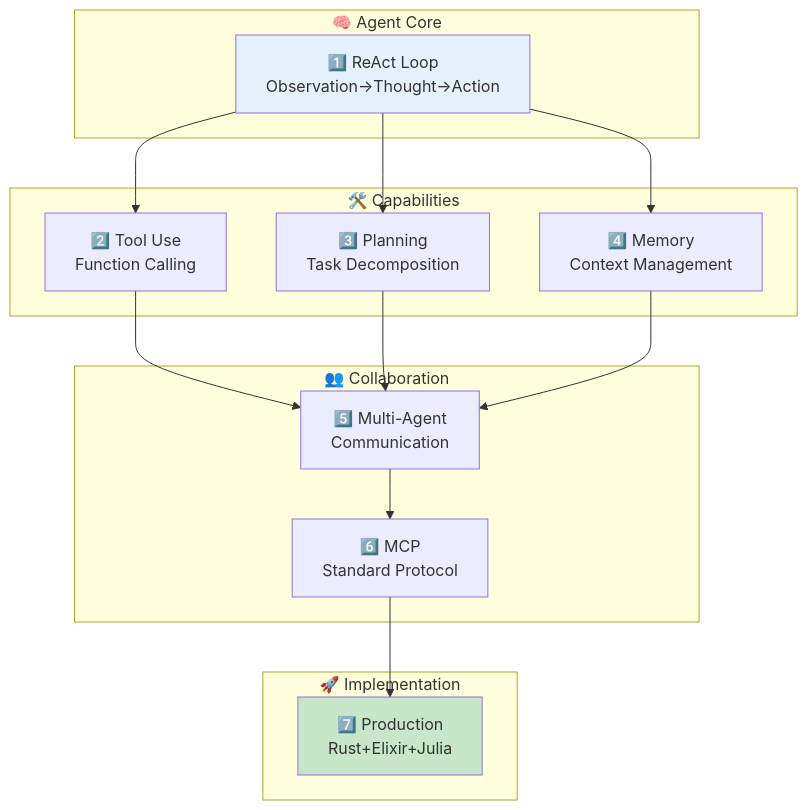
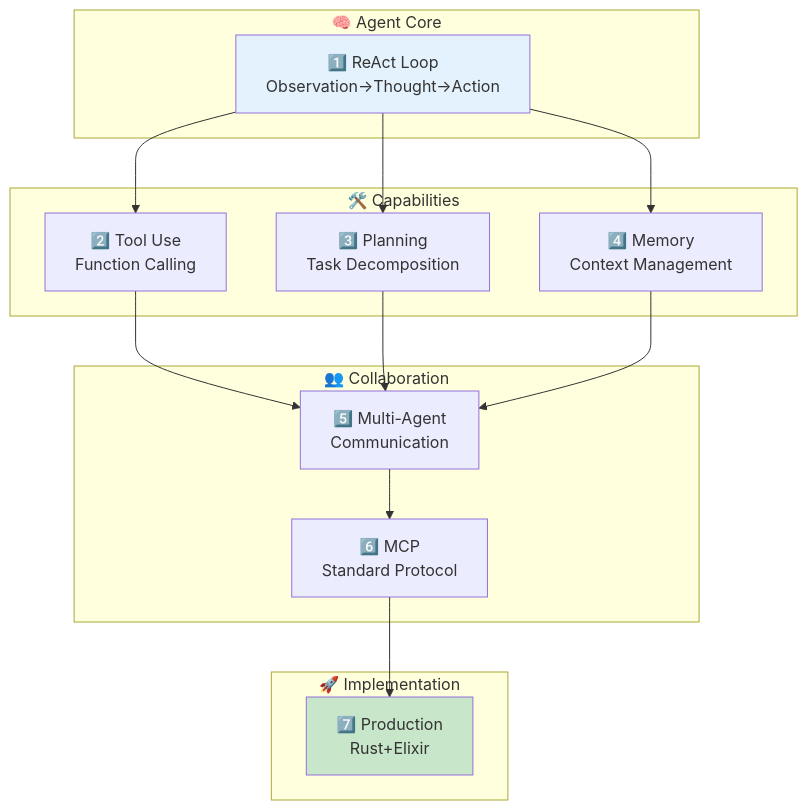
Before and after one commit to fumishiki/zenn: the third of 12 diagrams in articles/ml-lecture-30-part1.md, drawn with Mermaid. The commit also changed other lines of this file and 97 other files, not shown here.

````diff
--- a/articles/ml-lecture-30-part1.md
+++ b/articles/ml-lecture-30-part1.md
@@ -249,33 +256,33 @@
 ```mermaid
 graph TB
     subgraph "🧠 Agent Core"
         A["1️⃣ ReAct Loop<br/>Observation→Thought→Action"]
     end
 
     subgraph "🛠️ Capabilities"
         B["2️⃣ Tool Use<br/>Function Calling"]
         C["3️⃣ Planning<br/>Task Decomposition"]
         D["4️⃣ Memory<br/>Context Management"]
     end
 
     subgraph "👥 Collaboration"
         E["5️⃣ Multi-Agent<br/>Communication"]
         F["6️⃣ MCP<br/>Standard Protocol"]
     end
 
     subgraph "🚀 Implementation"
-        G["7️⃣ Production<br/>Rust+Elixir+Julia"]
+        G["7️⃣ Production<br/>Rust+Elixir"]
     end
 
     A --> B
     A --> C
     A --> D
     B --> E
     C --> E
     D --> E
     E --> F
     F --> G
 
     style A fill:#e3f2fd
     style G fill:#c8e6c9
 ```
````
